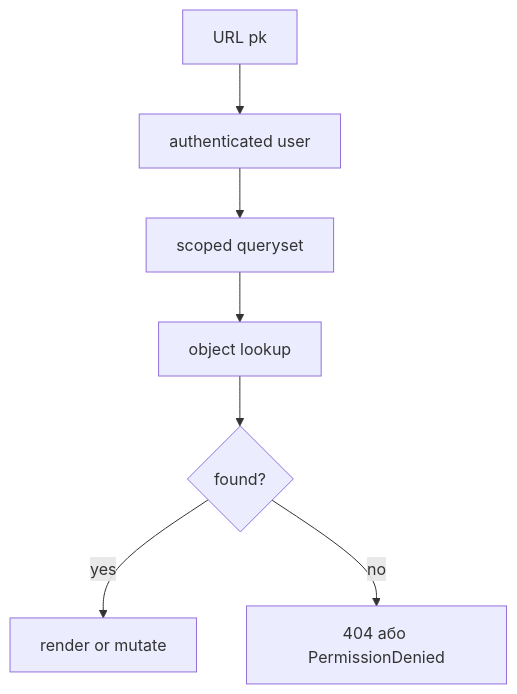
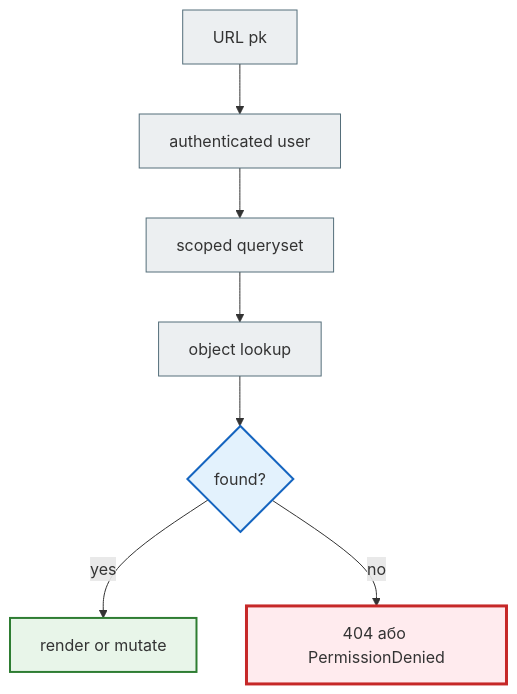
One commit to NikoriakViktot/notes_chat_app changed the fifth of 8 diagrams in docs/ARCHITECTURE.md. Above: the diagram before and after it, drawn with Mermaid. The commit also changed other lines of this file and 441 other files, not shown here.

First line of the commit message:
Add English version of the book, Mermaid standard, docs fixes

````diff
--- a/docs/ARCHITECTURE.md
+++ b/docs/ARCHITECTURE.md
@@ -73,9 +85,19 @@
 ```mermaid
 flowchart TD
     PK["URL pk"] --> User["authenticated user"]
     User --> ScopedQS["scoped queryset"]
     ScopedQS --> Lookup["object lookup"]
     Lookup --> Allowed{"found?"}
     Allowed -->|yes| View["render or mutate"]
     Allowed -->|no| Deny["404 або PermissionDenied"]
+
+    classDef step     fill:#eceff1,stroke:#546e7a,stroke-width:1px;
+    classDef decision fill:#e3f2fd,stroke:#1565c0,stroke-width:2px;
+    classDef success  fill:#e8f5e9,stroke:#2e7d32,stroke-width:2px;
+    classDef error    fill:#ffebee,stroke:#c62828,stroke-width:3px;
+
+    class PK,User,ScopedQS,Lookup step;
+    class Allowed decision;
+    class View success;
+    class Deny error;
 ```
````
